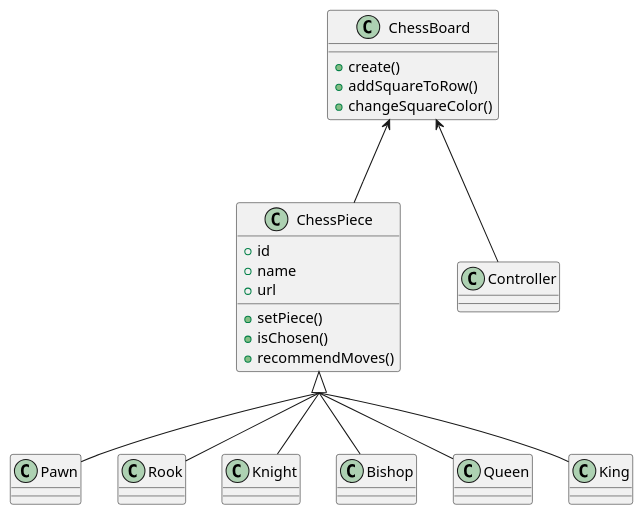
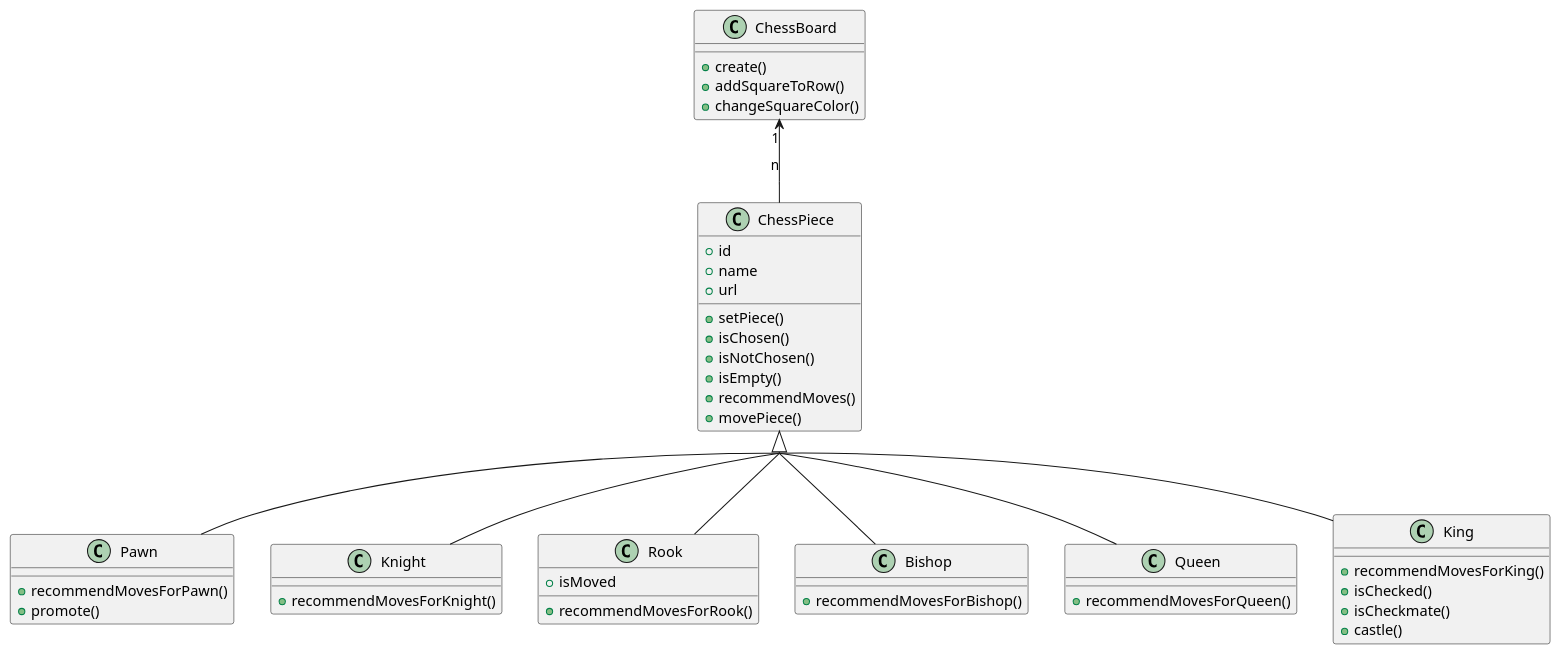
Before and after one commit to hoanglt1223/SET2021: the diagram in nhom_3/UML/ClassDiagram.plantuml, drawn with PlantUML. The commit also changed 1 other file, not shown here.

Commit message:
nhom_3 | Update UML

```diff
--- a/nhom_3/UML/ClassDiagram.plantuml
+++ b/nhom_3/UML/ClassDiagram.plantuml
@@ -1,24 +1,50 @@
 @startuml ChessBoard
 skinparam groupInheritance 2
 class ChessBoard {
     + create()
     + addSquareToRow()
     + changeSquareColor()
 }
-ChessBoard <-- ChessPiece
-ChessBoard <-- Controller
 class ChessPiece {
     + id
     + name 
     + url 
     + setPiece() 
     + isChosen() 
+    + isNotChosen()
+    + isEmpty()
     + recommendMoves() 
+    + movePiece()
 }
+class Pawn {
+    + recommendMovesForPawn()
+    + promote()
+}
+class Knight {
+    + recommendMovesForKnight()
+}
+class Rook {
+    + isMoved
+    + recommendMovesForRook()
+}
+class Bishop {
+    + recommendMovesForBishop()
+}
+class Queen {
+    + recommendMovesForQueen()
+}
+class King {
+    + recommendMovesForKing()
+    + isChecked()
+    + isCheckmate()
+    + castle()
+}
+
+ChessBoard "1" <-- "n" ChessPiece
 ChessPiece <|-- Pawn 
 ChessPiece <|-- Rook 
 ChessPiece <|-- Knight 
 ChessPiece <|-- Bishop 
 ChessPiece <|-- Queen  
 ChessPiece <|-- King 
 @enduml
```
